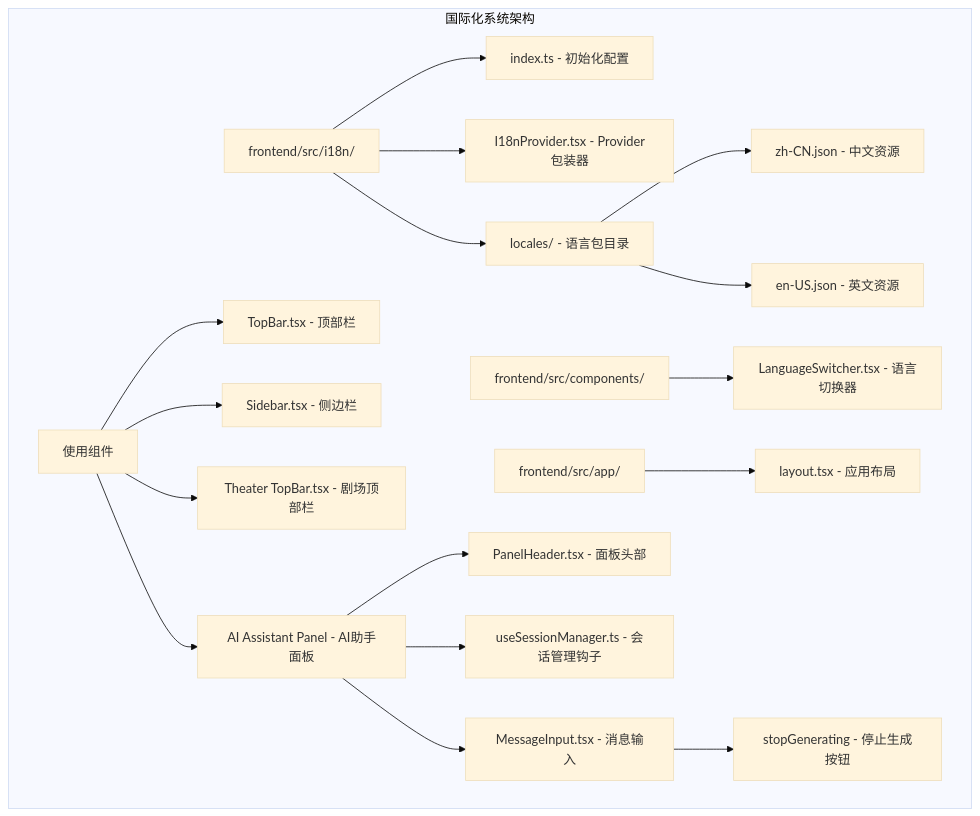
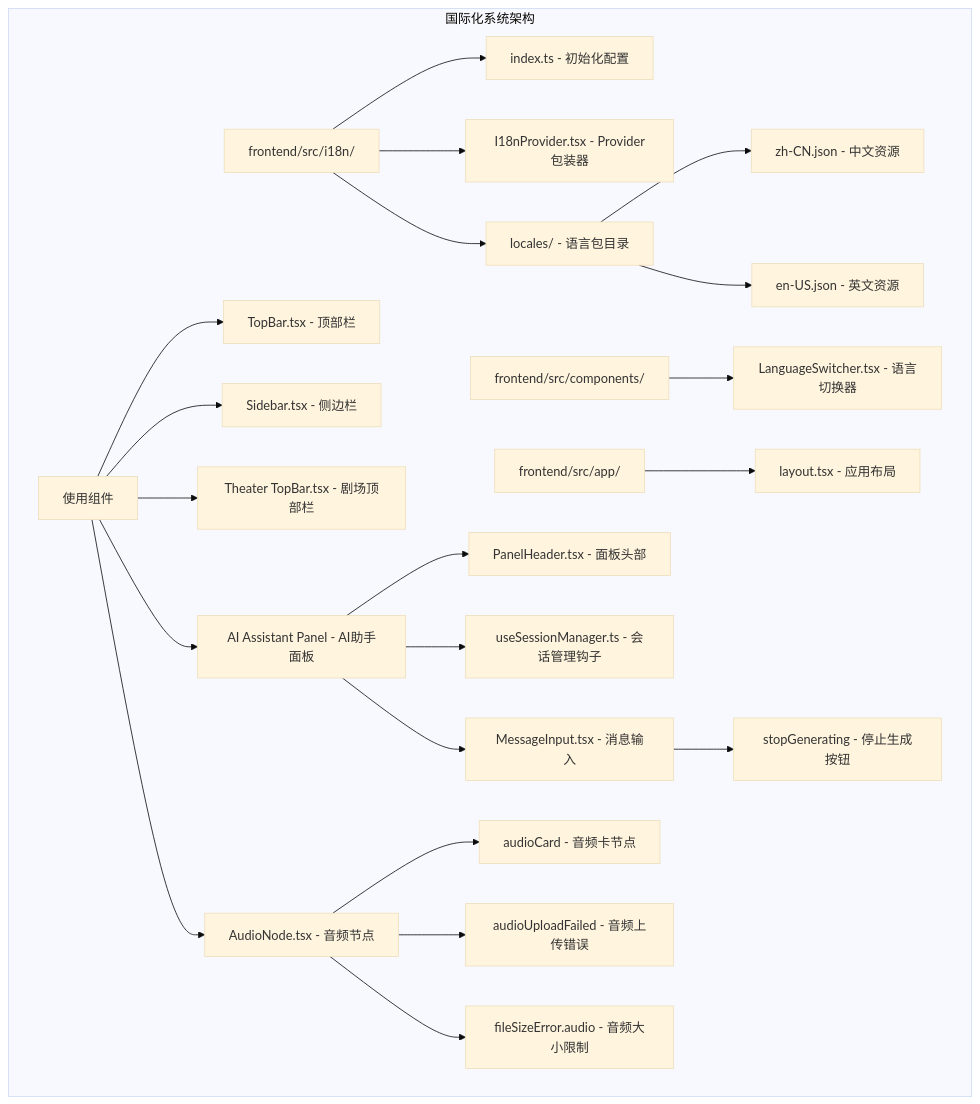
Before and after one commit to KunLabAI/KunFlix: the first of 12 diagrams in .qoder/repowiki/zh/content/系统架构/前端架构/国际化系统/国际化系统.md, drawn with Mermaid (base theme). The commit also changed other lines of this file and 37 other files, not shown here.

````diff
--- a/.qoder/repowiki/zh/content/系统架构/前端架构/国际化系统/国际化系统.md
+++ b/.qoder/repowiki/zh/content/系统架构/前端架构/国际化系统/国际化系统.md
@@ -53,20 +55,24 @@
 ```mermaid
 graph TB
 subgraph "国际化系统架构"
 A[frontend/src/i18n/] --> B[index.ts - 初始化配置]
 A --> C[I18nProvider.tsx - Provider包装器]
 A --> D[locales/ - 语言包目录]
 D --> E[zh-CN.json - 中文资源]
 D --> F[en-US.json - 英文资源]
 G[frontend/src/components/] --> H[LanguageSwitcher.tsx - 语言切换器]
 I[frontend/src/app/] --> J[layout.tsx - 应用布局]
 K[使用组件] --> L[TopBar.tsx - 顶部栏]
 K --> M[Sidebar.tsx - 侧边栏]
 K --> N[Theater TopBar.tsx - 剧场顶部栏]
 K --> O[AI Assistant Panel - AI助手面板]
-O --> P[PanelHeader.tsx - 面板头部]
-O --> Q[useSessionManager.ts - 会话管理钩子]
-O --> R[MessageInput.tsx - 消息输入]
-R --> S[stopGenerating - 停止生成按钮]
+K --> P[AudioNode.tsx - 音频节点]
+O --> Q[PanelHeader.tsx - 面板头部]
+O --> R[useSessionManager.ts - 会话管理钩子]
+O --> S[MessageInput.tsx - 消息输入]
+S --> T[stopGenerating - 停止生成按钮]
+P --> U[audioCard - 音频卡节点]
+P --> V[audioUploadFailed - 音频上传错误]
+P --> W[fileSizeError.audio - 音频大小限制]
 end
 ```
````
